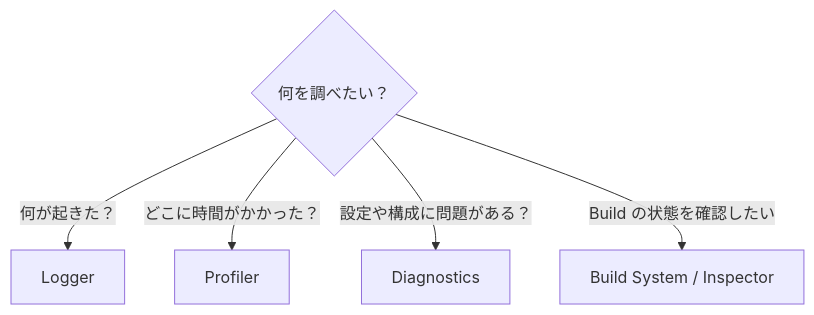
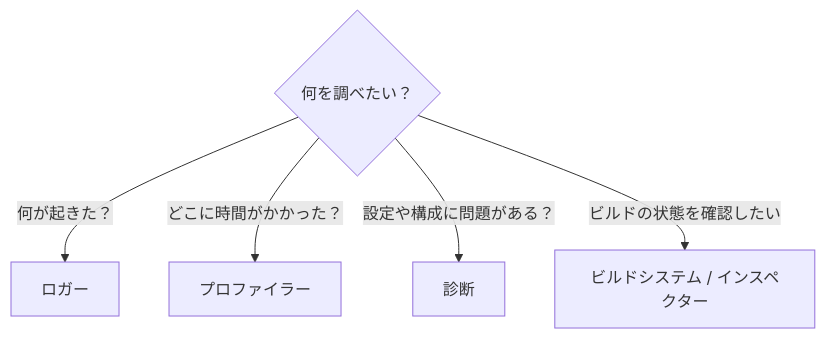
Before and after one commit to Rerurate514/riebeckite: the fifth of 5 diagrams in docs/docs/framework/observability.ja.md, drawn with Mermaid. The commit also changed other lines of this file and 310 other files, not shown here.

````diff
--- a/docs/docs/framework/observability.ja.md
+++ b/docs/docs/framework/observability.ja.md
@@ -257,9 +257,9 @@
 ```mermaid
 flowchart TD
     Q{"何を調べたい？"}
 
-    Q -->|"何が起きた？"| L["Logger"]
-    Q -->|"どこに時間がかかった？"| P["Profiler"]
-    Q -->|"設定や構成に問題がある？"| D["Diagnostics"]
-    Q -->|"Build の状態を確認したい"| B["Build System / Inspector"]
+    Q -->|"何が起きた？"| L["ロガー"]
+    Q -->|"どこに時間がかかった？"| P["プロファイラー"]
+    Q -->|"設定や構成に問題がある？"| D["診断"]
+    Q -->|"ビルドの状態を確認したい"| B["ビルドシステム / インスペクター"]
 ```
````
